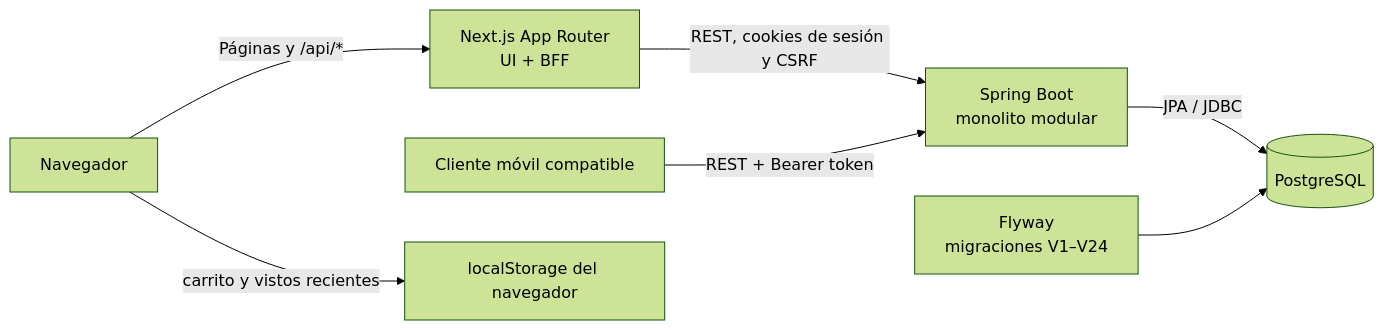
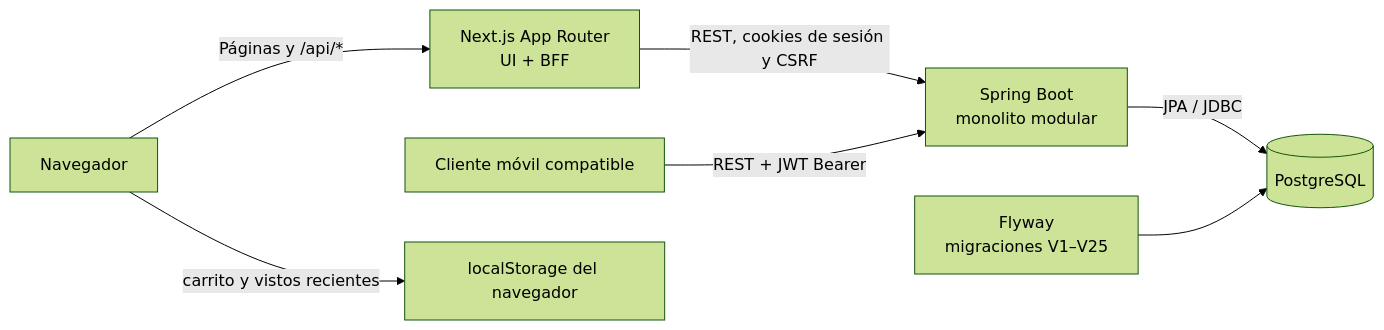
Before and after one commit to EmirGutierrez/nexo-e-commerce: the diagram in docs/contexto-proyecto.md, drawn with Mermaid (forest theme). The commit also changed other lines of this file and 22 other files, not shown here.

Commit message:
security: migrate mobile auth to signed JWT

````diff
--- a/docs/contexto-proyecto.md
+++ b/docs/contexto-proyecto.md
@@ -13,9 +13,9 @@
 ```mermaid
 flowchart LR
     Browser["Navegador"] -->|Páginas y /api/*| Next["Next.js App Router<br/>UI + BFF"]
     Next -->|REST, cookies de sesión y CSRF| Spring["Spring Boot<br/>monolito modular"]
-    Mobile["Cliente móvil compatible"] -->|REST + Bearer token| Spring
+    Mobile["Cliente móvil compatible"] -->|REST + JWT Bearer| Spring
     Spring -->|JPA / JDBC| PG[("PostgreSQL")]
-Flyway["Flyway<br/>migraciones V1–V24"] --> PG
+    Flyway["Flyway<br/>migraciones V1–V25"] --> PG
     Browser -->|carrito y vistos recientes| Local["localStorage del navegador"]
 ```
````
